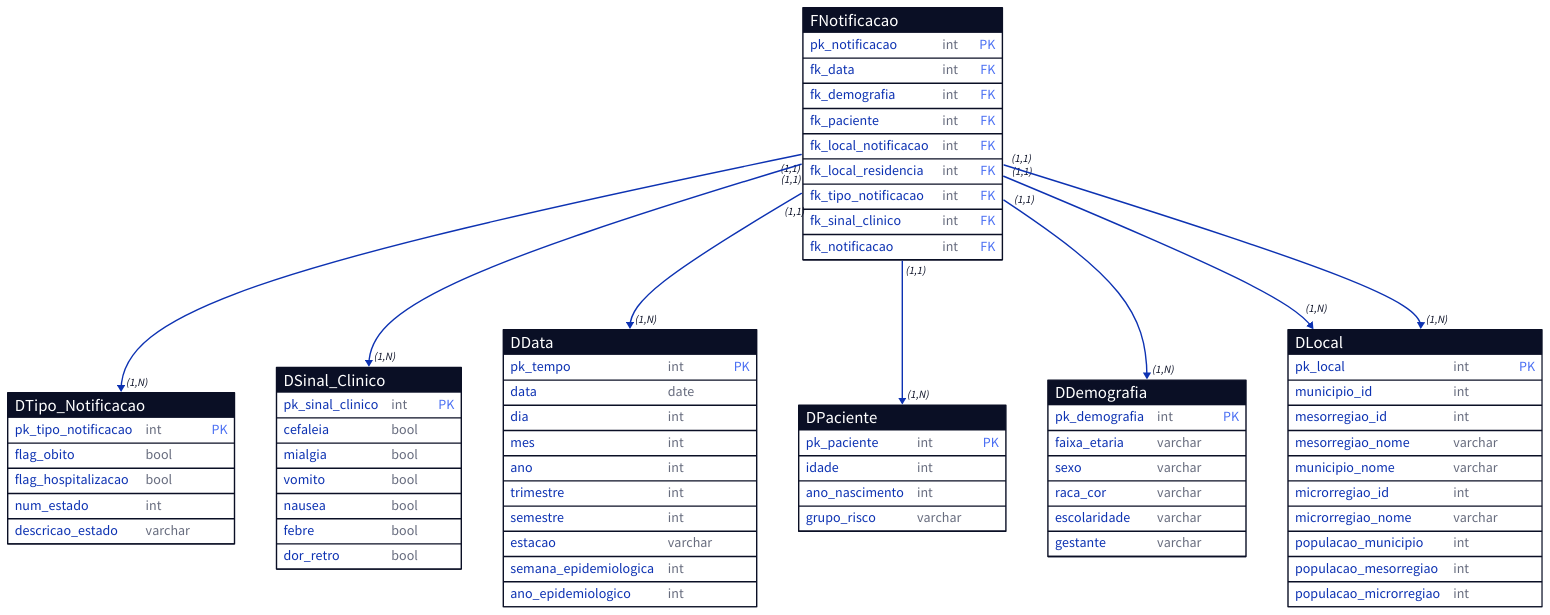
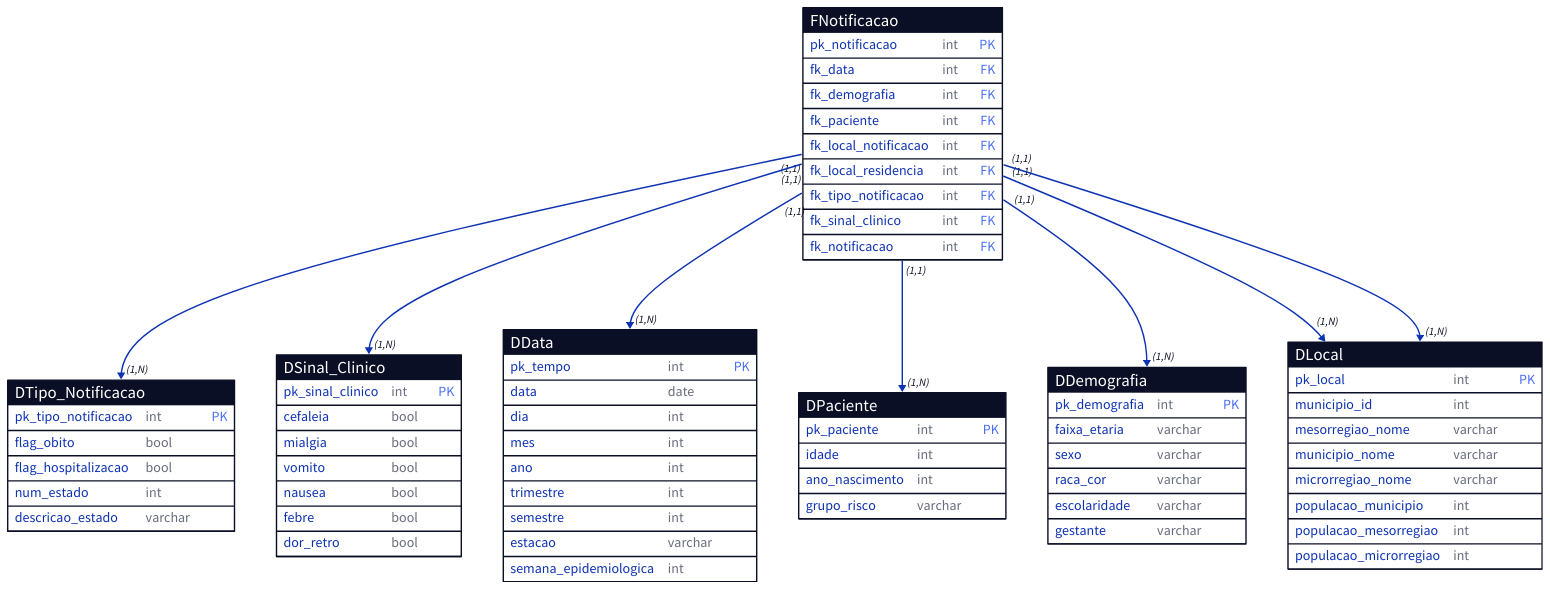
One commit to saitoi/projeto-final-dw changed the diagram in model/model.d2. Above: the diagram before and after it, drawn with D2. The commit also changed 1 other file, not shown here.

Commit message:
rem ano_epi, meso_id, micro_id

```diff
--- a/model/model.d2
+++ b/model/model.d2
@@ -1,120 +1,117 @@
 vars: {
   d2-config: {
     layout-engine: dagre
     theme-id: 0
   }
 }
 
 DData: {
   shape: sql_table
   pk_tempo: int {constraint: primary_key}
   data: date
   dia: int
   mes: int
   ano: int
   trimestre: int
   semestre: int
   estacao: varchar
   semana_epidemiologica: int
-  ano_epidemiologico: int
 }
 
 DPaciente: {
   shape: sql_table
   pk_paciente: int {constraint: primary_key}
   idade: int
   ano_nascimento: int
   grupo_risco: varchar
 }
 
 DDemografia: {
   shape: sql_table
   pk_demografia: int {constraint: primary_key}
   faixa_etaria: varchar
   sexo: varchar
   raca_cor: varchar
   escolaridade: varchar
   gestante: varchar
 }
 
 DTipo_Notificacao: {
   shape: sql_table
   pk_tipo_notificacao: int {constraint: primary_key}
   flag_obito: bool
   flag_hospitalizacao: bool
   num_estado: int
   descricao_estado: varchar
 }
 
 DSinal_Clinico: {
   shape: sql_table
   pk_sinal_clinico: int {constraint: primary_key}
   cefaleia: bool
   mialgia: bool
   vomito: bool
   nausea: bool
   febre: bool
   dor_retro: bool
 }
 
 DLocal: {
   shape: sql_table
   pk_local: int {constraint: primary_key}
   municipio_id: int
-  mesorregiao_id: int
   mesorregiao_nome: varchar
   municipio_nome: varchar
-  microrregiao_id: int
   microrregiao_nome: varchar
   populacao_municipio: int
   populacao_mesorregiao: int
   populacao_microrregiao: int
 }
 
 FNotificacao: {
   shape: sql_table
   pk_notificacao: int {constraint: primary_key}
   fk_data: int {constraint: foreign_key}
   fk_demografia: int {constraint: foreign_key}
   fk_paciente: int {constraint: foreign_key}
   fk_local_notificacao: int {constraint: foreign_key}
   fk_local_residencia: int {constraint: foreign_key}
   fk_tipo_notificacao: int {constraint: foreign_key}
   fk_sinal_clinico: int {constraint: foreign_key}
   fk_notificacao: int {constraint: foreign_key}
 }
 
 FNotificacao.fk_tipo_notificacao -> DTipo_Notificacao.pk_tipo_notificacao: {
   source-arrowhead.label: (1,1)
   target-arrowhead.label: (1,N)
 }
 
 FNotificacao.fk_sinal_clinico -> DSinal_Clinico.pk_sinal_clinico: {
   source-arrowhead.label: (1,1)
   target-arrowhead.label: (1,N)
 }
 
 FNotificacao.fk_data -> DData.pk_tempo: {
   source-arrowhead.label: (1,1)
   target-arrowhead.label: (1,N)
 }
 
 FNotificacao.fk_paciente -> DPaciente.pk_paciente: {
   source-arrowhead.label: (1,1)
   target-arrowhead.label: (1,N)
 }
 
 FNotificacao.fk_demografia -> DDemografia.pk_demografia: {
   source-arrowhead.label: (1,1)
   target-arrowhead.label: (1,N)
 }
 
 FNotificacao.fk_local_notificacao -> DLocal.pk_local: {
   source-arrowhead.label: (1,1)
   target-arrowhead.label: (1,N)
 }
 
 FNotificacao.fk_local_residencia -> DLocal.pk_local: {
   source-arrowhead.label: (1,1)
   target-arrowhead.label: (1,N)
 }
```
